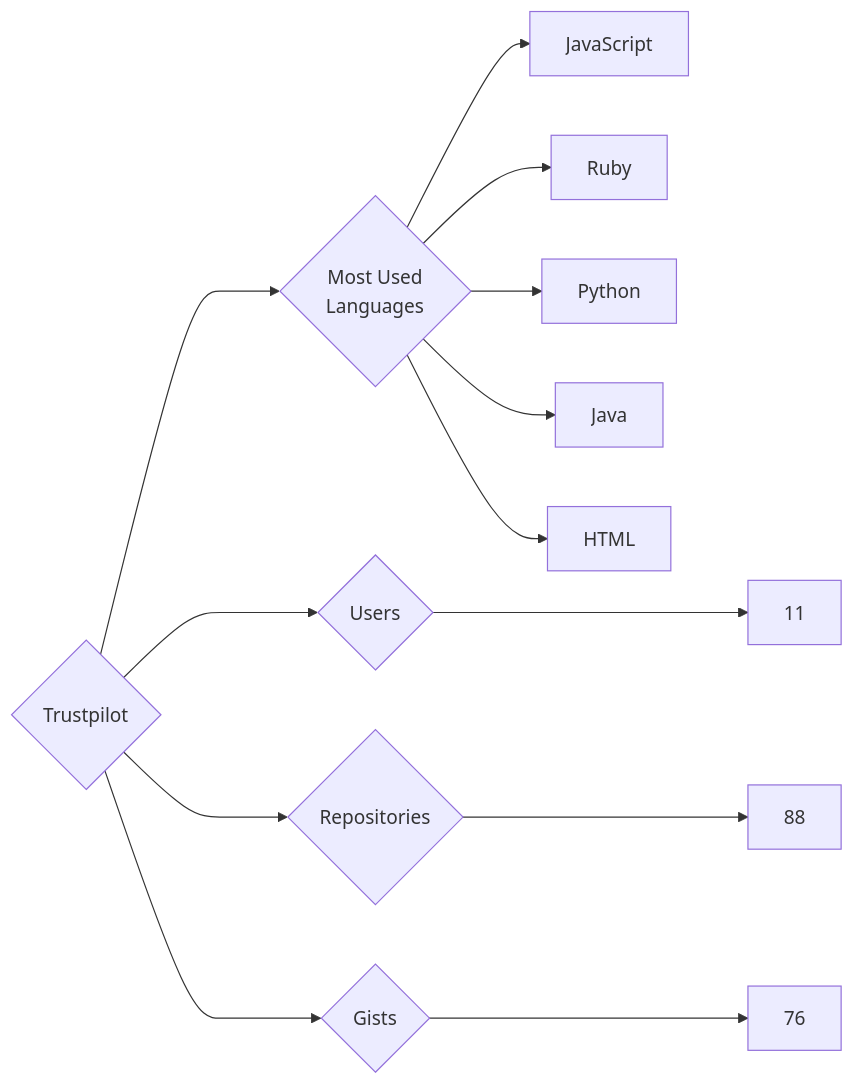
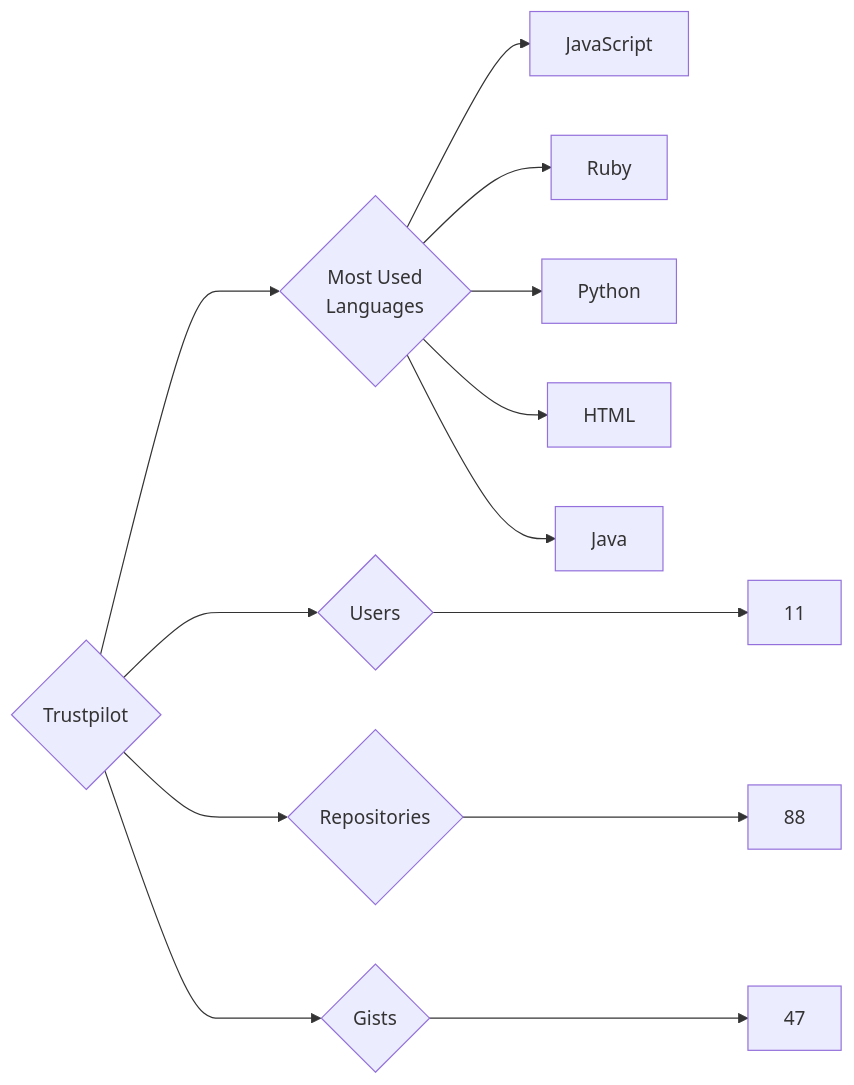
The diagram in targets/Trustpilot/README.md (trickest/insiders), drawn with Mermaid before and after one commit. The commit also changed 964 other files, not shown here.

````diff
--- a/targets/Trustpilot/README.md
+++ b/targets/Trustpilot/README.md
@@ -3,13 +3,13 @@
 ```mermaid
 graph LR
 COMPANY_NAME{Trustpilot}
 COMPANY_NAME ---> U{Users} ---> UN[11]
 COMPANY_NAME ---> R{Repositories} ---> RN[88]
-COMPANY_NAME ---> G{Gists} ---> GN[76]
+COMPANY_NAME ---> G{Gists} ---> GN[47]
 COMPANY_NAME ---> ML{Most Used<br>Languages}
 ML --> JavaScript[JavaScript]
 ML --> Ruby[Ruby]
 ML --> Python[Python]
+ML --> HTML[HTML]
 ML --> Java[Java]
-ML --> HTML[HTML]
 ```
````
